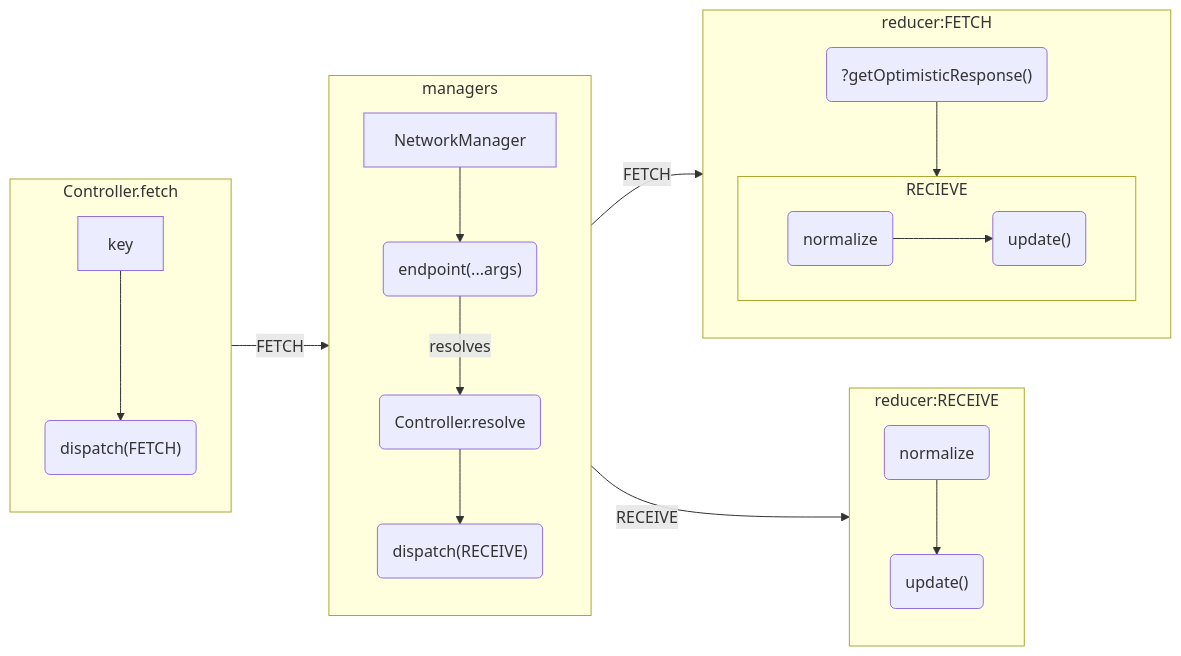
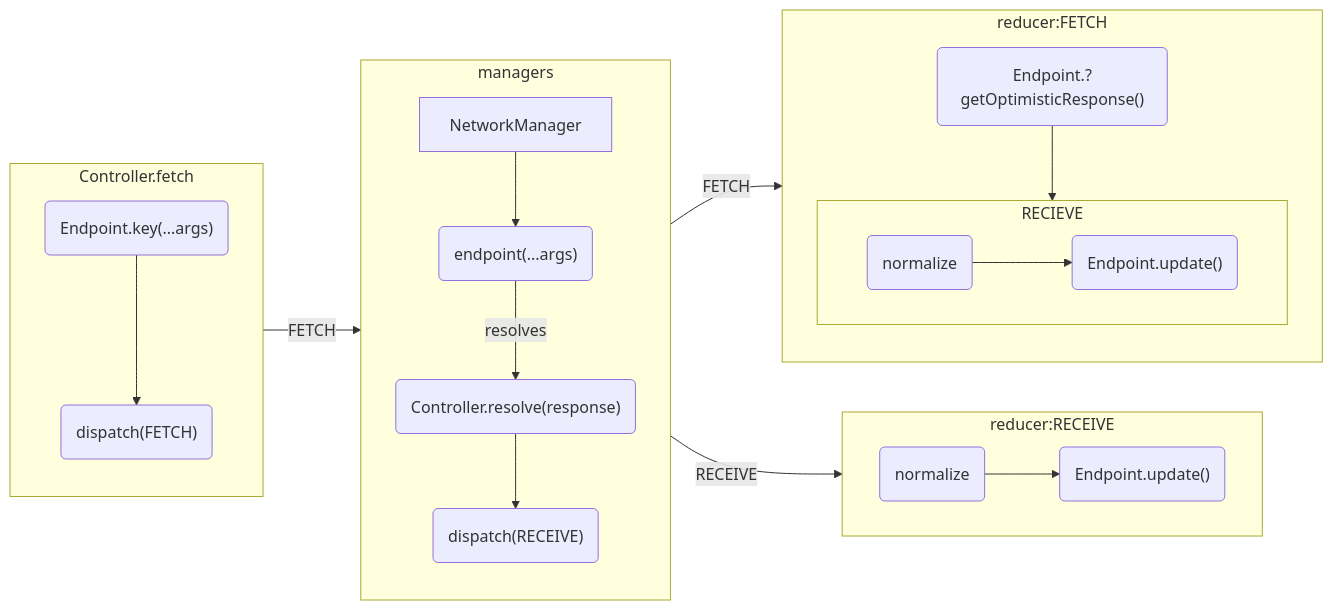
Before and after one commit to reactive/data-client: the first of 2 diagrams in docs/rest/api/Endpoint.md, drawn with Mermaid. The commit also changed other lines of this file and 10 other files, not shown here.

````diff
--- a/docs/rest/api/Endpoint.md
+++ b/docs/rest/api/Endpoint.md
@@ -111,29 +111,30 @@
 ```mermaid
 flowchart LR
   subgraph Controller.fetch
     direction TB
-    key--->dispatch("dispatch(FETCH)")
+    key("Endpoint.key(...args)")--->dispatch("dispatch(FETCH)")
   end
   subgraph managers
     NetworkManager-->endpoint("endpoint(...args)")
     endpoint--resolves-->Controller.resolve
-    Controller.resolve(Controller.resolve)-->dispatchR("dispatch(RECEIVE)")
+    Controller.resolve("Controller.resolve(response)")-->dispatchR("dispatch(RECEIVE)")
   end
   managers--FETCH-->reducer:FETCH
   Controller.fetch--FETCH-->managers
   subgraph reducer:FETCH
-    getOptimisticResponse("?getOptimisticResponse()")-->RECIEVE
+    optimistic("Endpoint.?getOptimisticResponse()")-->RECIEVE
     subgraph RECIEVE
-      normalize(normalize)-->update("update()")
+      normalize(normalize)-->update("Endpoint.update()")
     end
   end
   subgraph reducer:RECEIVE
-    normalize2(normalize)-->update2("update()")
+    direction LR
+    normalize2(normalize)-->update2("Endpoint.update()")
   end
   managers--RECEIVE-->reducer:RECEIVE
   click key "#key"
-  click NetworkManager /docs/api/NetworkManager
-  click getOptimisticResponse #getoptimisticresponse
-  click update #update
-  click update2 #update
+  click NetworkManager "/docs/api/NetworkManager"
+  click optimistic "#getoptimisticresponse"
+  click update "#update"
+  click update2 "#update"
 ```
````
